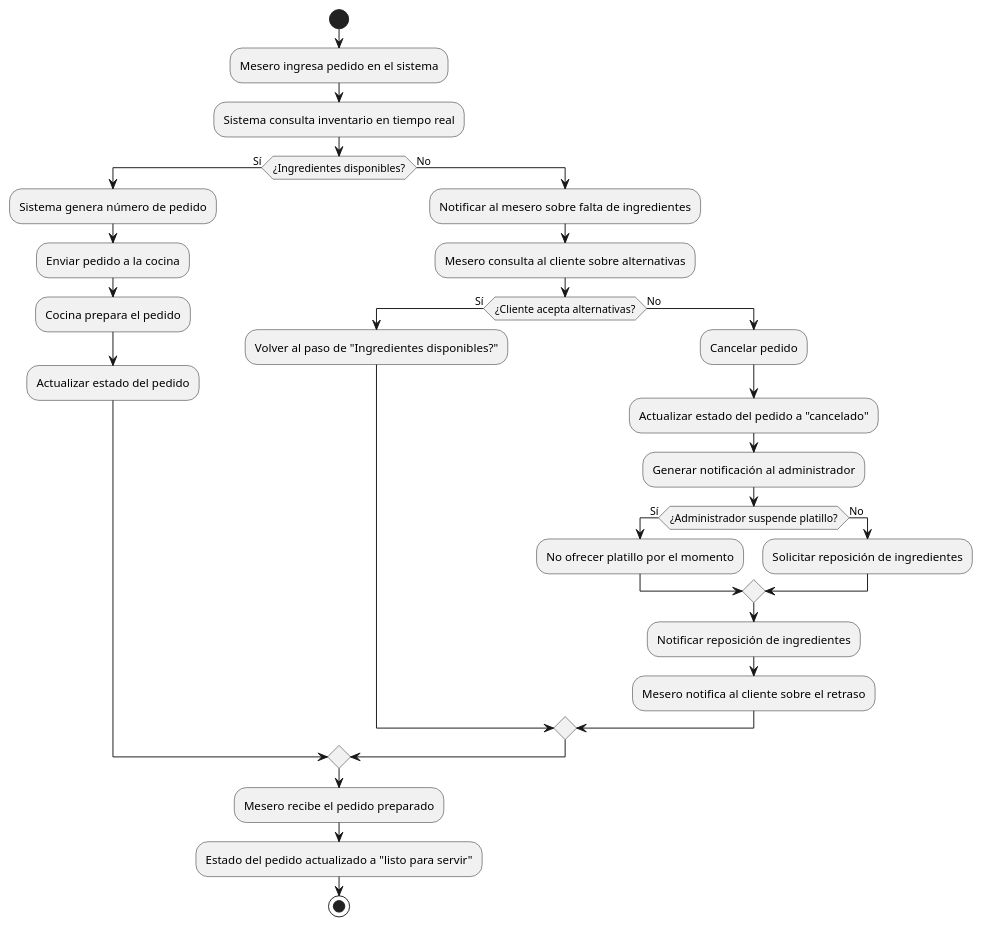
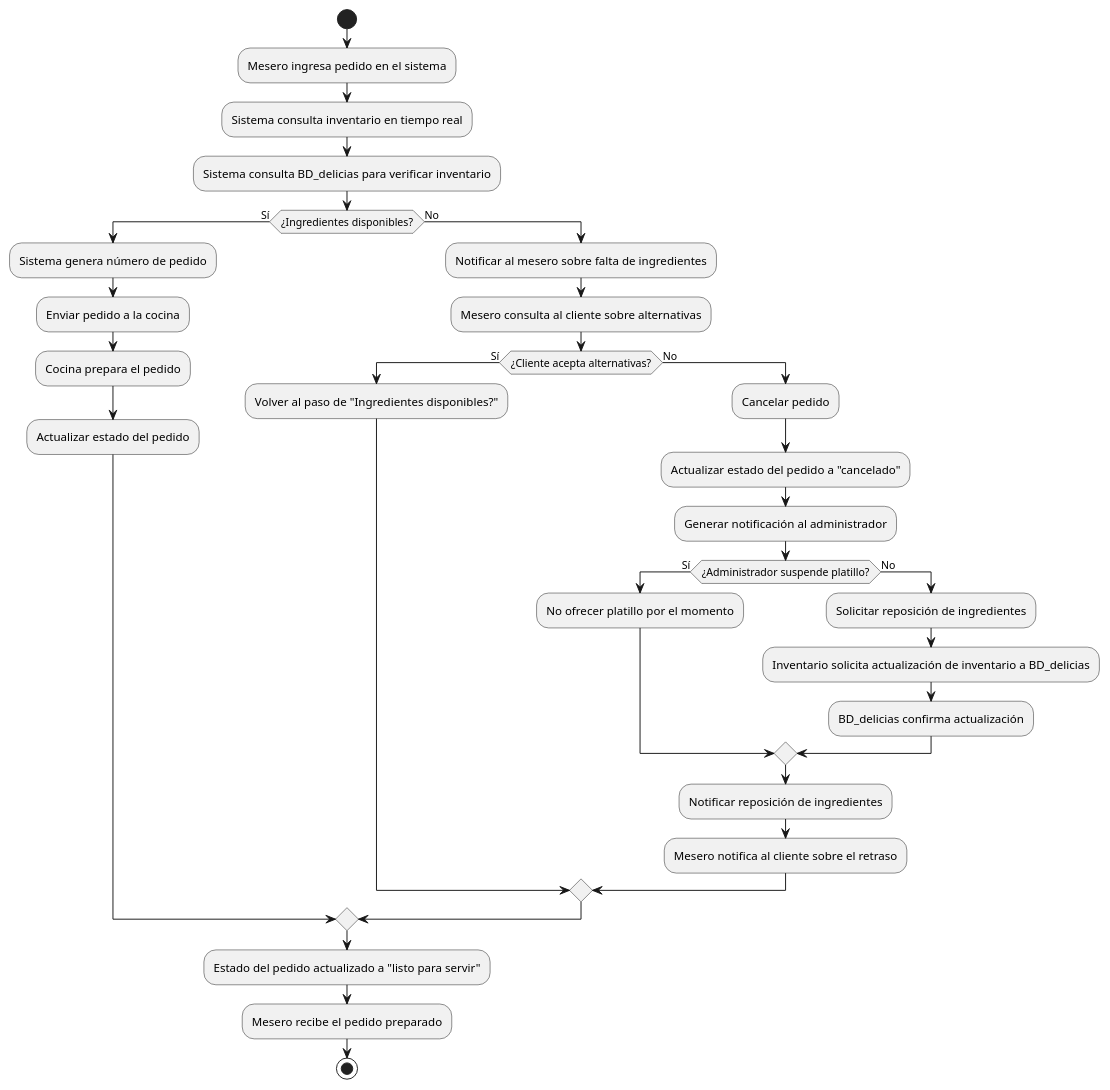
Before and after one commit to jaidergomez03/Ing.Requisitos: the diagram in Ing.Requisitos/diagrama_procesos.plantuml, drawn with PlantUML. The commit also changed other lines of this file and 2 other files, not shown here.

```diff
--- a/Ing.Requisitos/diagrama_procesos.plantuml
+++ b/Ing.Requisitos/diagrama_procesos.plantuml
@@ -1,31 +1,35 @@
 @startuml procesos
 start
 :Mesero ingresa pedido en el sistema;
 :Sistema consulta inventario en tiempo real;
+:Sistema consulta BD_delicias para verificar inventario;
 if (¿Ingredientes disponibles?) then (Sí)
     :Sistema genera número de pedido;
     :Enviar pedido a la cocina;
     :Cocina prepara el pedido;
     :Actualizar estado del pedido;
 else (No)
     :Notificar al mesero sobre falta de ingredientes;
     :Mesero consulta al cliente sobre alternativas;
     if (¿Cliente acepta alternativas?) then (Sí)
         :Volver al paso de "Ingredientes disponibles?";
     else (No)
         :Cancelar pedido;
         :Actualizar estado del pedido a "cancelado";
         :Generar notificación al administrador;
         if (¿Administrador suspende platillo?) then (Sí)
             :No ofrecer platillo por el momento;
         else (No)
             :Solicitar reposición de ingredientes;
+            :Inventario solicita actualización de inventario a BD_delicias;
+            :BD_delicias confirma actualización;
         endif
         :Notificar reposición de ingredientes;
         :Mesero notifica al cliente sobre el retraso;
     endif
 endif
+:Estado del pedido actualizado a "listo para servir";
 :Mesero recibe el pedido preparado;
-:Estado del pedido actualizado a "listo para servir";
+
 stop
 @enduml
```
